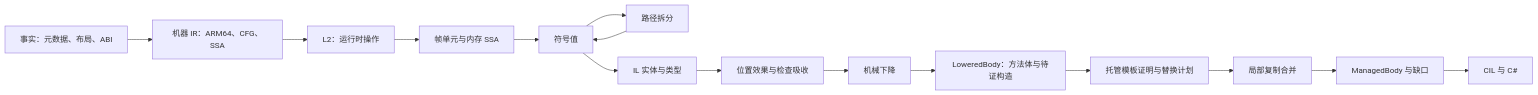
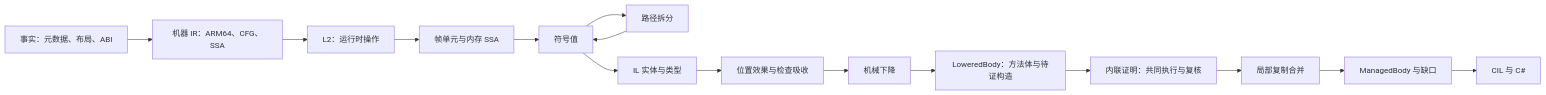
The diagram in docs/架构.md (MetaMikuAI/Cpp2CS), drawn with Mermaid before and after one commit. The commit also changed other lines of this file and 3 other files, not shown here.

````diff
--- a/docs/架构.md
+++ b/docs/架构.md
@@ -17,17 +17,17 @@
 ```mermaid
 flowchart LR
     Facts[事实：元数据、布局、ABI] --> Machine[机器 IR：ARM64、CFG、SSA]
     Machine --> L2[L2：运行时操作]
     L2 --> Memory[帧单元与内存 SSA]
     Memory --> Values[符号值]
     Values --> Shape[路径拆分]
     Shape --> Values
     Values --> Typing[IL 实体与类型]
     Typing --> Effects[位置效果与检查吸收]
     Effects --> Lowering[机械下降]
     Lowering --> Pending[LoweredBody：方法体与待证构造]
-    Pending --> Templates[托管模板证明与替换计划]
-    Templates --> Locals[局部复制合并]
+    Pending --> Inline[内联证明：共同执行与复核]
+    Inline --> Locals[局部复制合并]
     Locals --> Managed[ManagedBody 与缺口]
     Managed --> Output[CIL 与 C#]
 ```
````
